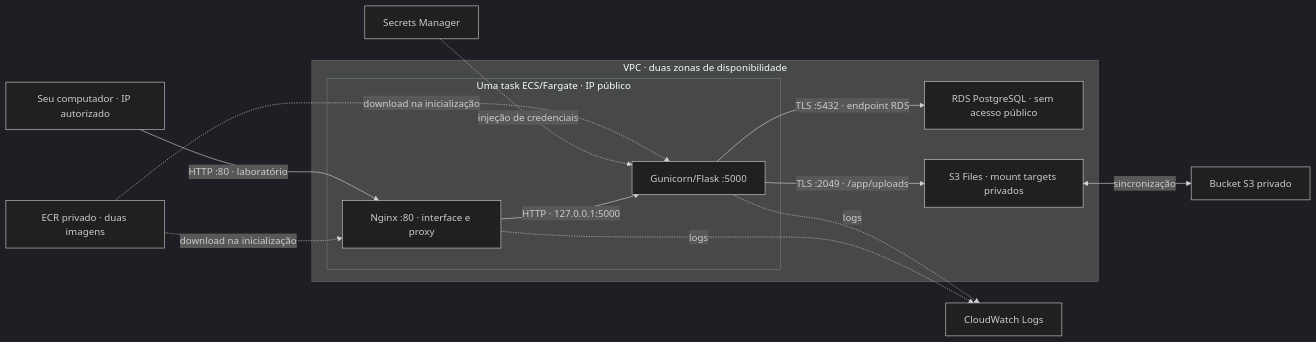
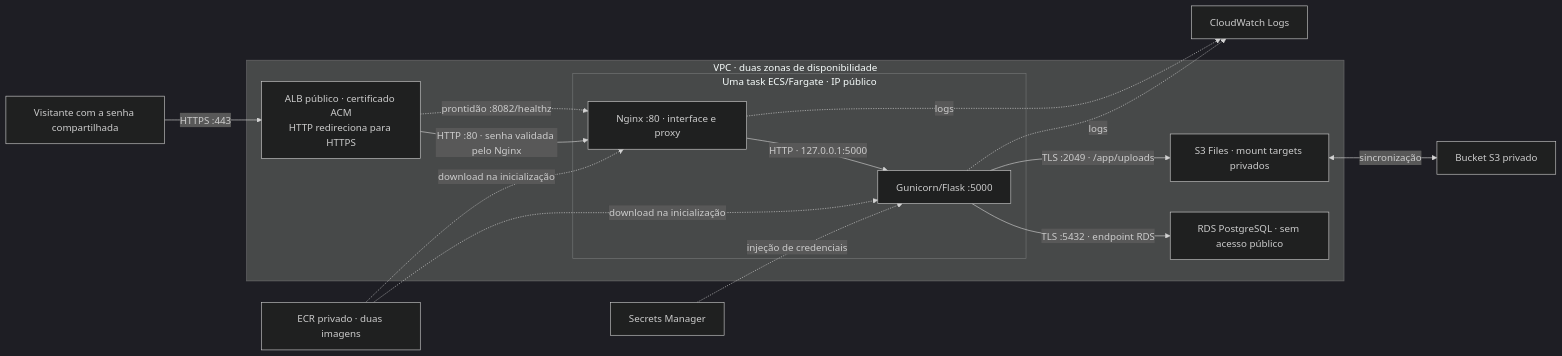
One commit to lucasmotareis/G1-Nuvem changed the diagram in docs/GUIA_AWS.md. Above: the diagram before and after it, drawn with Mermaid (dark theme). The commit also changed other lines of this file and 31 other files, not shown here.

Commit message:
Protege interface e API com senha compartilhada no Nginx

````diff
--- a/docs/GUIA_AWS.md
+++ b/docs/GUIA_AWS.md
@@ -27,21 +29,24 @@
 ```mermaid
 flowchart LR
-    PC["Seu computador · IP autorizado"] -->|"HTTP :80 · laboratório"| FRONT
+    PC["Visitante com a senha compartilhada"] -->|"HTTPS :443"| ALB
     ECR["ECR privado · duas imagens"] -. "download na inicialização" .-> WEB
     ECR -. "download na inicialização" .-> FRONT
     SM["Secrets Manager"] -. "injeção de credenciais" .-> WEB
     subgraph VPC["VPC · duas zonas de disponibilidade"]
+        ALB["ALB público · certificado ACM<br/>HTTP redireciona para HTTPS"]
+        ALB -->|"HTTP :80 · senha validada pelo Nginx"| FRONT
+        ALB -. "prontidão :8082/healthz" .-> FRONT
         subgraph TASK["Uma task ECS/Fargate · IP público"]
             FRONT["Nginx :80 · interface e proxy"]
             WEB["Gunicorn/Flask :5000"]
             FRONT -->|"HTTP · 127.0.0.1:5000"| WEB
         end
         DB["RDS PostgreSQL · sem acesso público"]
         FS["S3 Files · mount targets privados"]
         WEB -->|"TLS :5432 · endpoint RDS"| DB
         WEB -->|"TLS :2049 · /app/uploads"| FS
     end
     FS <-->|"sincronização"| S3["Bucket S3 privado"]
     WEB -. "logs" .-> CW["CloudWatch Logs"]
     FRONT -. "logs" .-> CW
 ```
````
